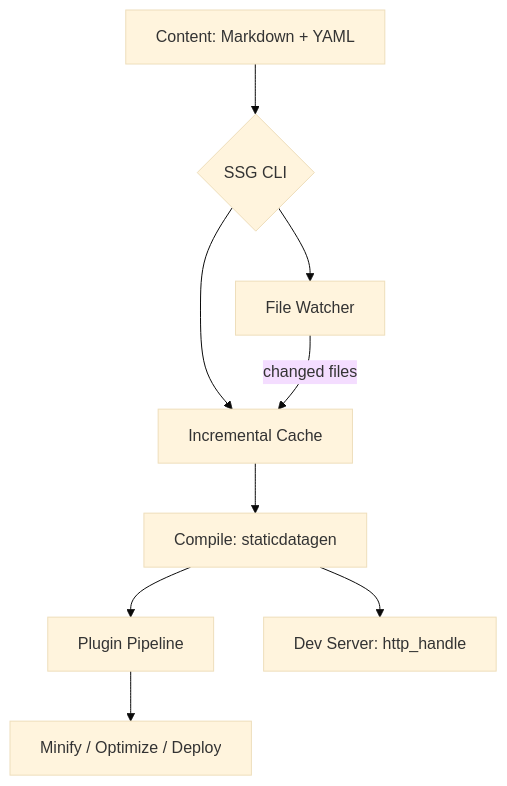
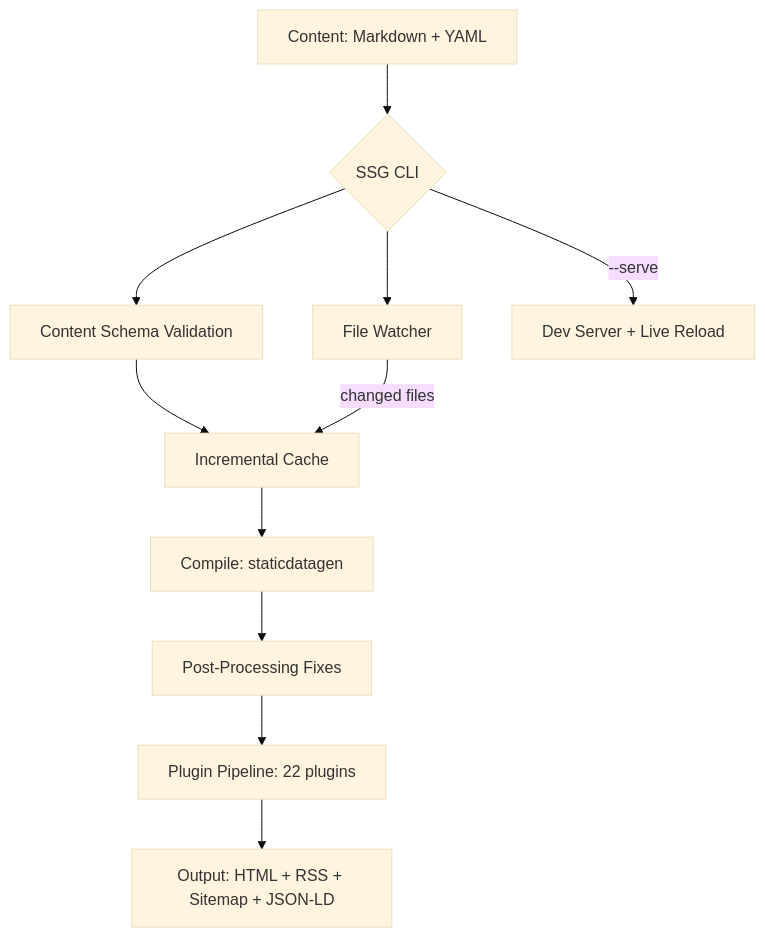
The diagram in README.md (sebastienrousseau/shokunin), drawn with Mermaid (base theme) before and after one commit. The commit also changed other lines of this file and 418 other files, not shown here.

First line of the commit message:
feat(v0.0.36): post-processing, Lighthouse 100, milestones, deps 25→13, multi-platform releases

````diff
--- a/README.md
+++ b/README.md
@@ -78,11 +152,13 @@
 ```mermaid
 graph TD
     A[Content: Markdown + YAML] --> B{SSG CLI}
-    B --> C[Incremental Cache]
+    B --> V[Content Schema Validation]
+    V --> C[Incremental Cache]
     C --> D[Compile: staticdatagen]
-    D --> E[Plugin Pipeline]
-    E --> F[Minify / Optimize / Deploy]
-    D --> G[Dev Server: http_handle]
+    D --> E[Post-Processing Fixes]
+    E --> F[Plugin Pipeline: 22 plugins]
+    F --> G[Output: HTML + RSS + Sitemap + JSON-LD]
     B --> H[File Watcher]
     H -->|changed files| C
+    B -->|--serve| S[Dev Server + Live Reload]
 ```
````
